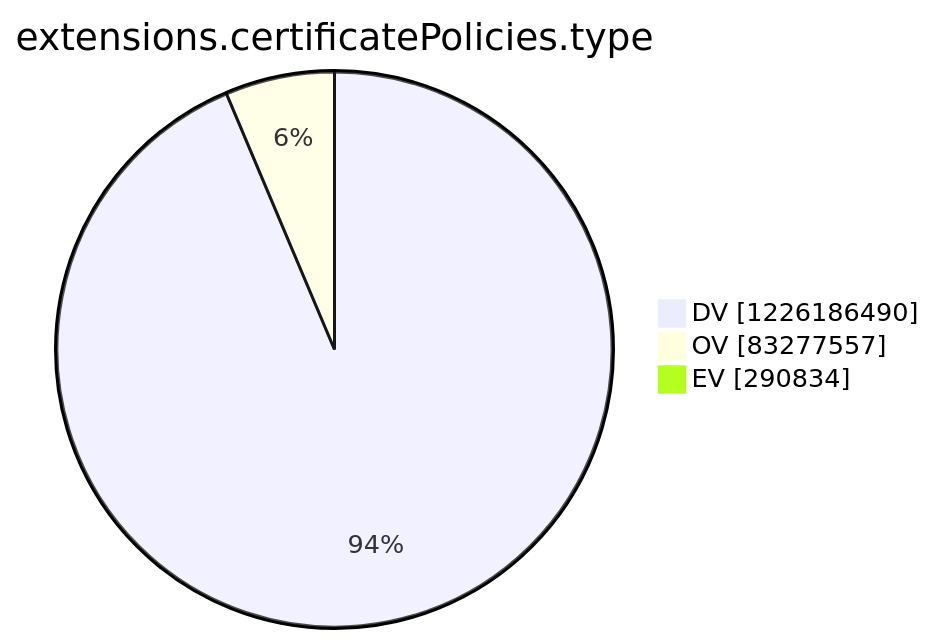
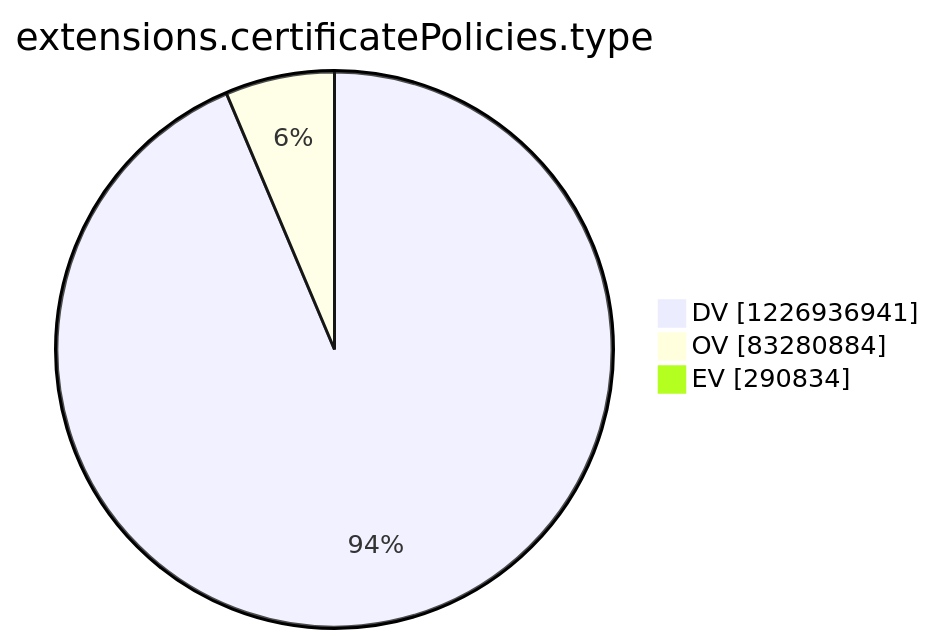
One commit to christiankrug/ctmonitor_visualization changed the tenth of 15 diagrams in argon2022/README.md. Above: the diagram before and after it, drawn with Mermaid. The commit also changed other lines of this file, not shown here.

````diff
--- a/argon2022/README.md
+++ b/argon2022/README.md
@@ -2770,7 +2770,7 @@
 ```mermaid
 pie showData
 title extensions.certificatePolicies.type
-"DV" :1226186490
-"OV" :83277557
+"DV" :1226936941
+"OV" :83280884
 "EV" :290834
 ```
````
